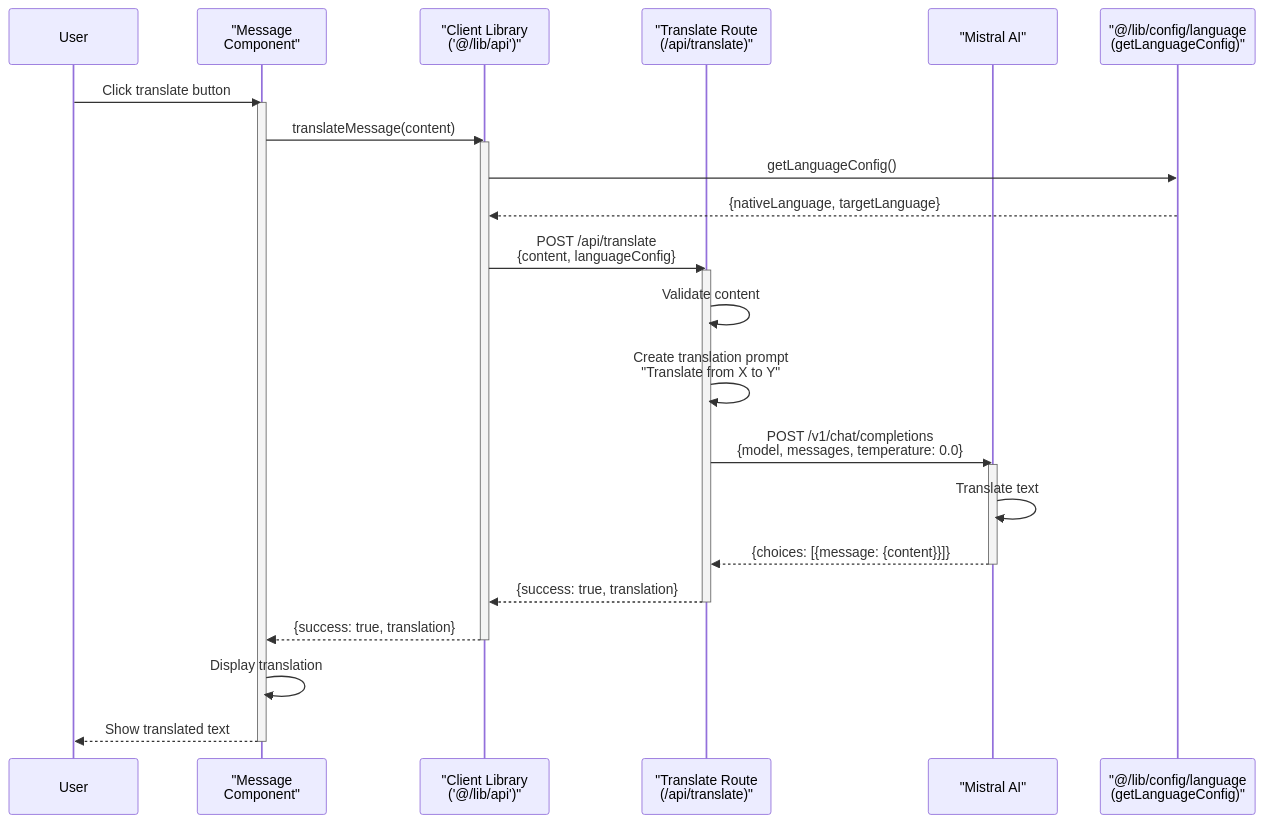
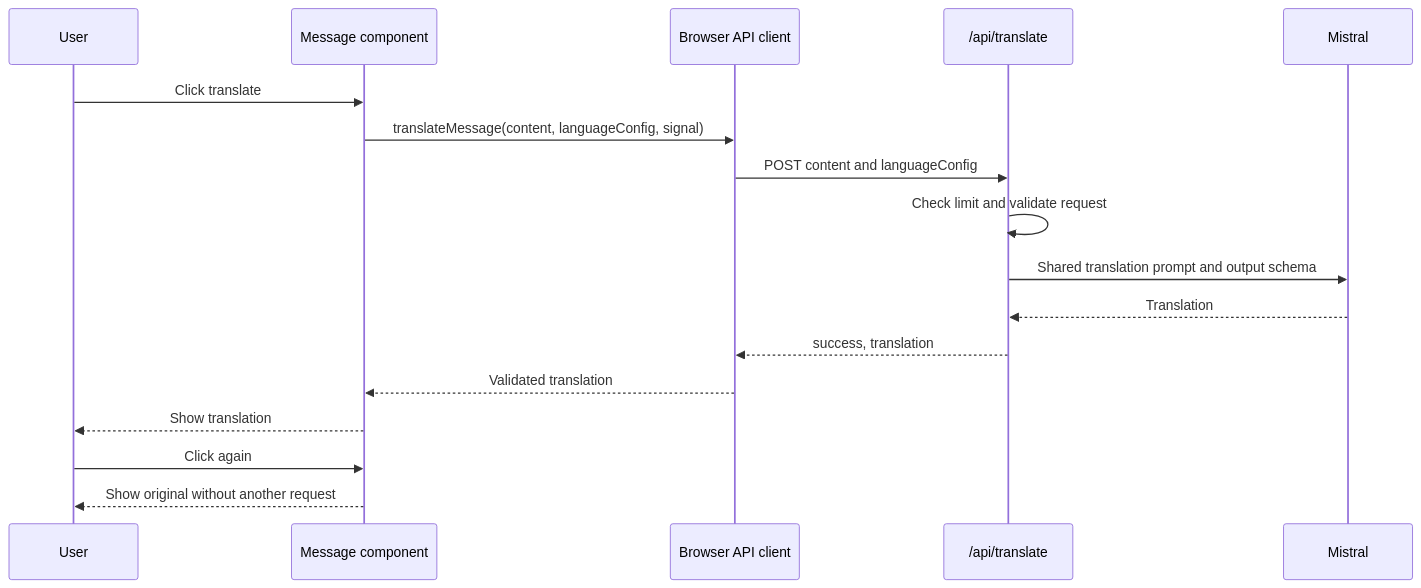
Before and after one commit to Yvesei/LangBot: the fourth of 5 diagrams in README.md, drawn with Mermaid. The commit also changed other lines of this file, not shown here.

````diff
--- a/README.md
+++ b/README.md
@@ -357,42 +385,20 @@
 ```mermaid
 sequenceDiagram
-  %% Translation Flow
-  participant User as User
-  participant Msg as "Message<br>Component"
-  participant ClientLib as "Client Library<br>('@/lib/api')"
-  participant TransAPI as "Translate Route<br>(/api/translate)"
-  participant Mistral as "Mistral AI"
-  participant LangCfg as "@/lib/config/language<br>(getLanguageConfig)"
+    participant User
+    participant Message as Message component
+    participant Client as Browser API client
+    participant API as /api/translate
+    participant Mistral
 
-  User->>Msg: Click translate button
-  activate Msg
-
-  Msg->>ClientLib: translateMessage(content)
-  activate ClientLib
-
-  ClientLib->>LangCfg: getLanguageConfig()
-  LangCfg-->>ClientLib: {nativeLanguage, targetLanguage}
-
-  ClientLib->>TransAPI: POST /api/translate<br>{content, languageConfig}
-  activate TransAPI
-
-  TransAPI->>TransAPI: Validate content
-  TransAPI->>TransAPI: Create translation prompt<br>"Translate from X to Y"
-
-  TransAPI->>Mistral: POST /v1/chat/completions<br>{model, messages, temperature: 0.0}
-  activate Mistral
-
-  Mistral->>Mistral: Translate text
-  Mistral-->>TransAPI: {choices: [{message: {content}}]}
-  deactivate Mistral
-
-  TransAPI-->>ClientLib: {success: true, translation}
-  deactivate TransAPI
-
-  ClientLib-->>Msg: {success: true, translation}
-  deactivate ClientLib
-
-  Msg->>Msg: Display translation
-  Msg-->>User: Show translated text
-  deactivate Msg
+    User->>Message: Click translate
+    Message->>Client: translateMessage(content, languageConfig, signal)
+    Client->>API: POST content and languageConfig
+    API->>API: Check limit and validate request
+    API->>Mistral: Shared translation prompt and output schema
+    Mistral-->>API: Translation
+    API-->>Client: success, translation
+    Client-->>Message: Validated translation
+    Message-->>User: Show translation
+    User->>Message: Click again
+    Message-->>User: Show original without another request
 ```
````
